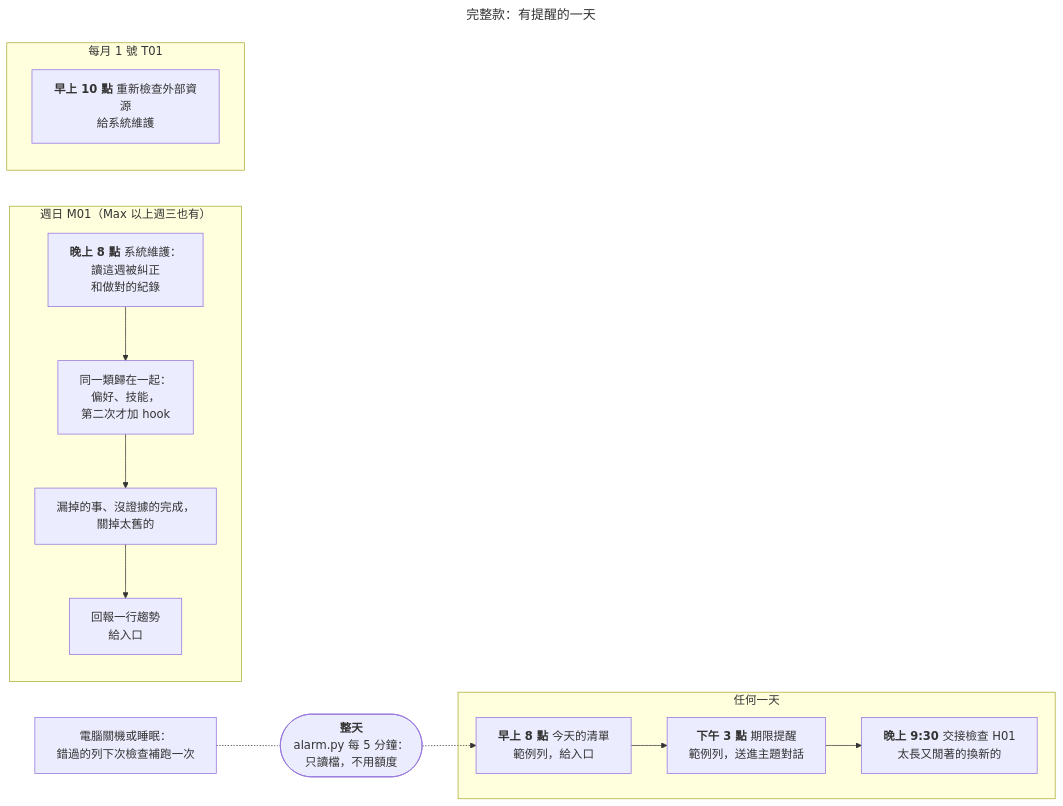
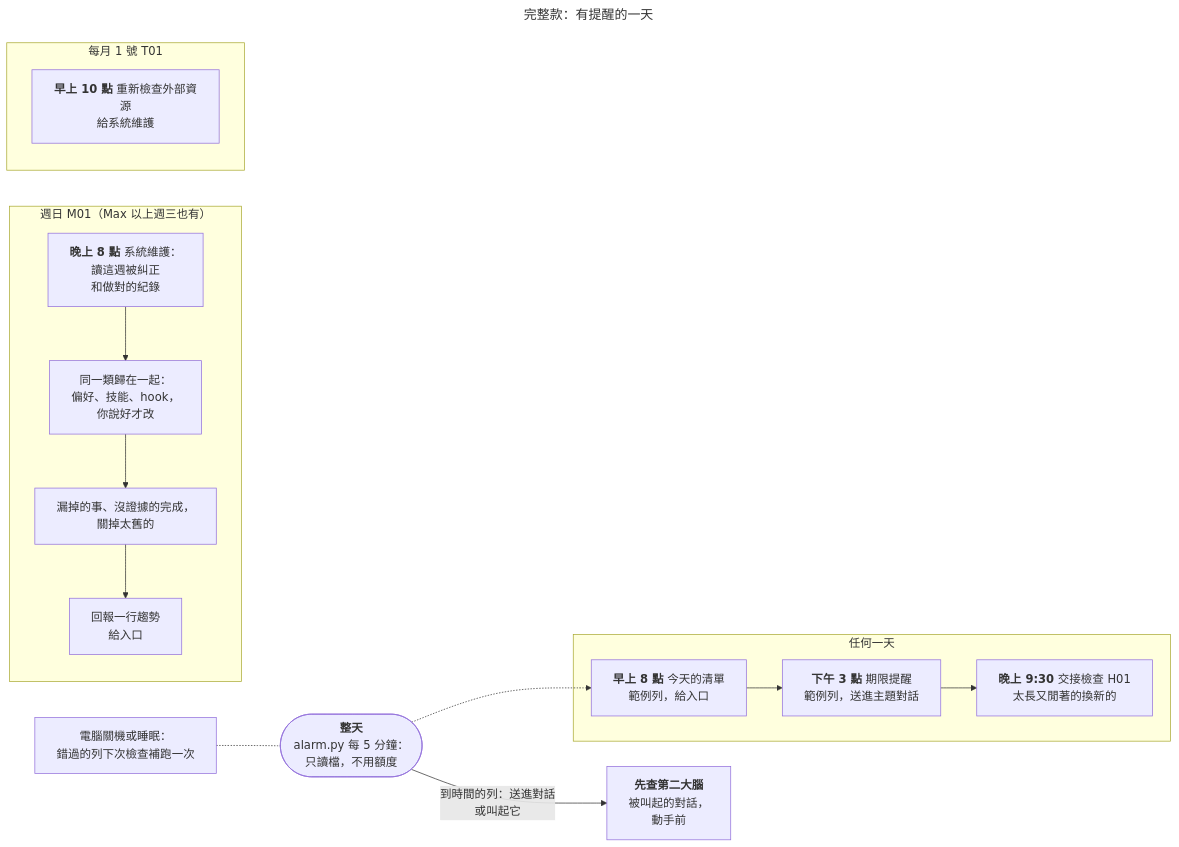
One commit to 0Smallcat0/second-brain-kit changed the fourth of 6 diagrams in docs/zh-TW/進階功能.md. Above: the diagram before and after it, drawn with Mermaid. The commit also changed other lines of this file and 36 other files, not shown here.

````diff
--- a/docs/zh-TW/進階功能.md
+++ b/docs/zh-TW/進階功能.md
@@ -191,19 +195,20 @@
 ```mermaid
 ---
 title: "完整款：有提醒的一天"
 ---
 flowchart LR
   Tick(["<b>整天</b><br/>alarm.py 每 5 分鐘：<br/>只讀檔，不用額度"])
   Tick -.-> M
+  Tick -->|"到時間的列：送進對話<br/>或叫起它"| CK["<b>先查第二大腦</b><br/>被叫起的對話，<br/>動手前"]
   subgraph Day["任何一天"]
     M["<b>早上 8 點</b> 今天的清單<br/>範例列，給入口"] --> R["<b>下午 3 點</b> 期限提醒<br/>範例列，送進主題對話"]
     R --> H["<b>晚上 9:30</b> 交接檢查 H01<br/>太長又閒著的換新的"]
   end
   subgraph Sun["週日 M01（Max 以上週三也有）"]
-    W["<b>晚上 8 點</b> 系統維護：<br/>讀這週被糾正<br/>和做對的紀錄"] --> W1["同一類歸在一起：<br/>偏好、技能，<br/>第二次才加 hook"] --> W2["漏掉的事、沒證據的完成，<br/>關掉太舊的"] --> W3["回報一行趨勢<br/>給入口"]
+    W["<b>晚上 8 點</b> 系統維護：<br/>讀這週被糾正<br/>和做對的紀錄"] --> W1["同一類歸在一起：<br/>偏好、技能、hook，<br/>你說好才改"] --> W2["漏掉的事、沒證據的完成，<br/>關掉太舊的"] --> W3["回報一行趨勢<br/>給入口"]
   end
   subgraph Month["每月 1 號 T01"]
     T1["<b>早上 10 點</b> 重新檢查外部資源<br/>給系統維護"]
   end
   Off["電腦關機或睡眠：<br/>錯過的列下次檢查補跑一次"] -.- Tick
 ```
````
